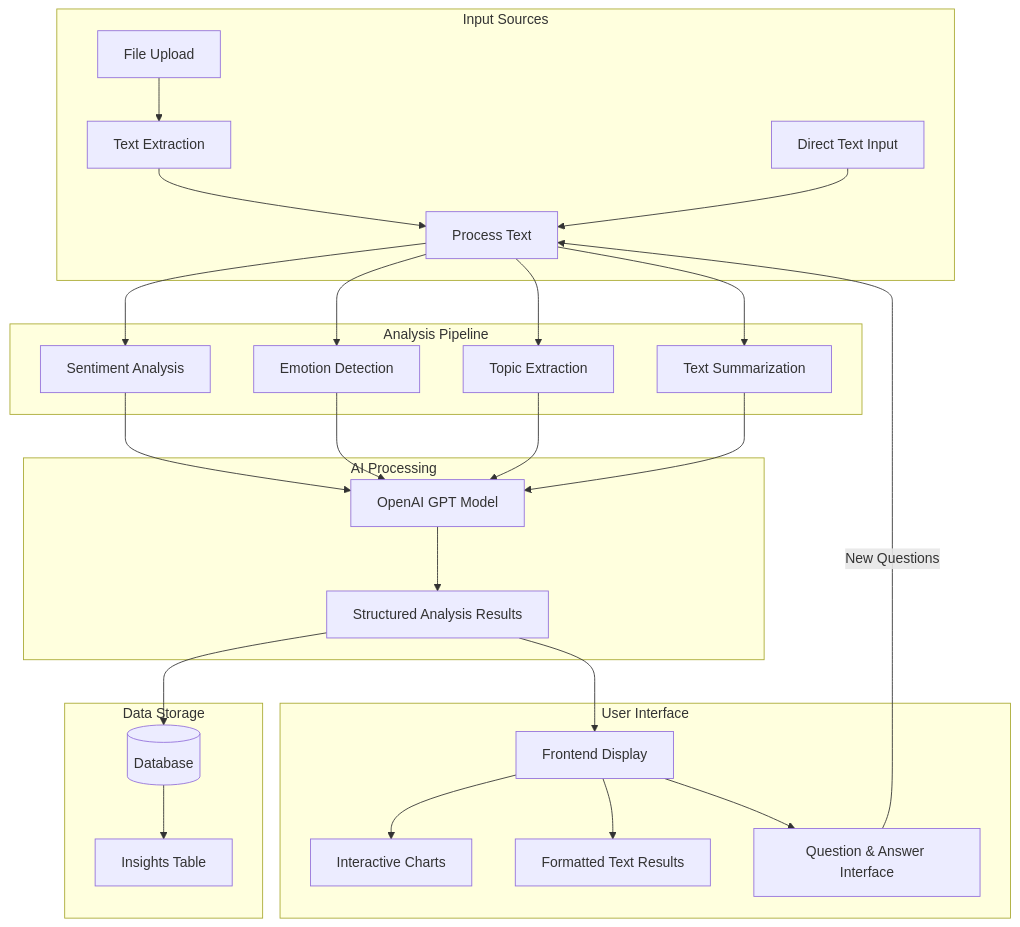
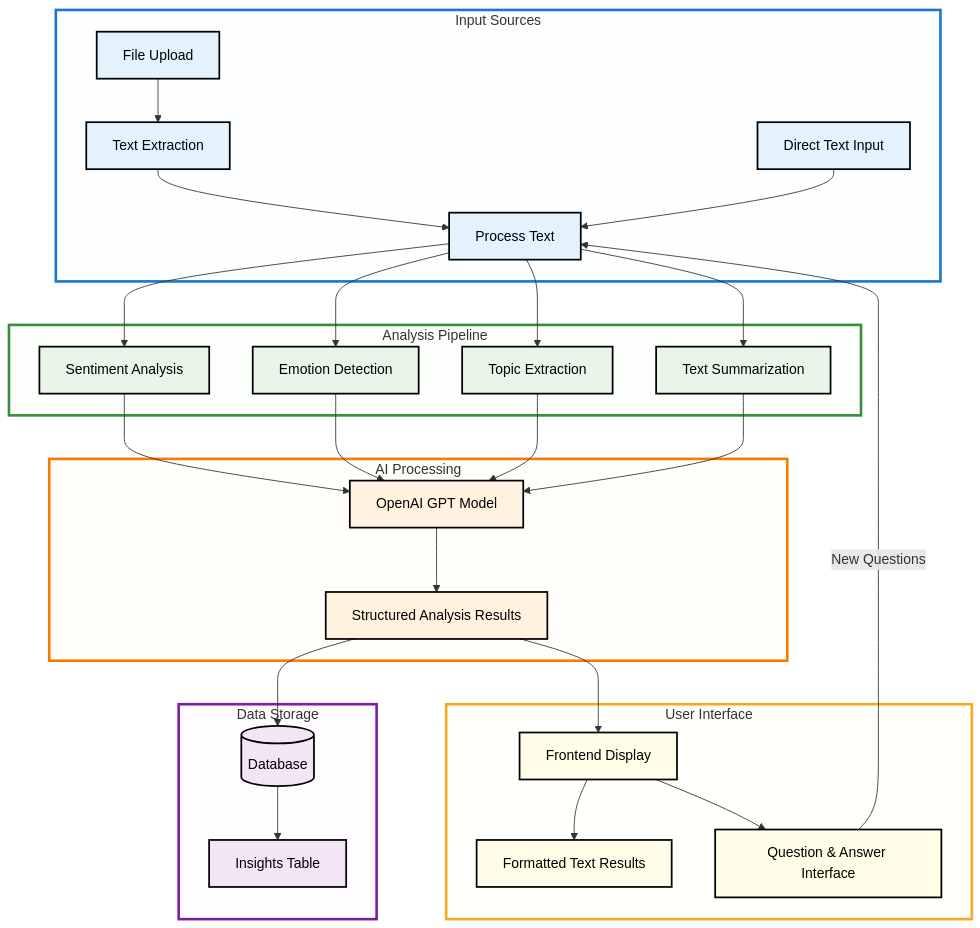
One commit to akileshjayakumar/deeppurple-fyp-25-s2-05 changed the seventh of 7 diagrams in readme/README_DIAGRAM.md. Above: the diagram before and after it, drawn with Mermaid. The commit also changed other lines of this file, not shown here.

Commit message:
docs: rename architecture diagrams and improve mermaid flowchart styling

````diff
--- a/readme/README_DIAGRAM.md
+++ b/readme/README_DIAGRAM.md
@@ -304,37 +304,69 @@
 ```mermaid
 flowchart TD
-    subgraph "Input Sources"
-        Upload["File Upload"] --> Extract["Text Extraction"]  
-        DirectText["Direct Text Input"] --> Process
-        Extract --> Process["Process Text"]  
-    end
-    
-    subgraph "Analysis Pipeline"
-        Process --> Sentiment["Sentiment Analysis"] 
-        Process --> Emotion["Emotion Detection"] 
-        Process --> Topics["Topic Extraction"] 
-        Process --> Summary["Text Summarization"] 
-    end
-    
-    subgraph "AI Processing"
-        Sentiment --> OpenAI["OpenAI GPT Model"] 
-        Emotion --> OpenAI 
-        Topics --> OpenAI 
-        Summary --> OpenAI 
-        OpenAI --> Results["Structured Analysis Results"] 
-    end
-    
-    subgraph "Data Storage"
-        Results --> DB[("Database")] 
-        DB --> Insights["Insights Table"] 
-    end
-    
-    subgraph "User Interface"
-        Results --> UI["Frontend Display"] 
-        UI --> Charts["Interactive Charts"] 
-        UI --> TextDisplay["Formatted Text Results"] 
-        UI --> QA["Question & Answer Interface"] 
-    end
-    
-    QA --> |"New Questions"| Process
+ subgraph subGraph0["Input Sources"]
+        Extract["Text Extraction"]
+        Upload["File Upload"]
+        Process["Process Text"]
+        DirectText["Direct Text Input"]
+  end
+ subgraph subGraph1["Analysis Pipeline"]
+        Sentiment["Sentiment Analysis"]
+        Emotion["Emotion Detection"]
+        Topics["Topic Extraction"]
+        Summary["Text Summarization"]
+  end
+ subgraph subGraph2["AI Processing"]
+        OpenAI["OpenAI GPT Model"]
+        Results["Structured Analysis Results"]
+  end
+ subgraph subGraph3["Data Storage"]
+        DB[("Database")]
+        Insights["Insights Table"]
+  end
+ subgraph subGraph4["User Interface"]
+        UI["Frontend Display"]
+        TextDisplay["Formatted Text Results"]
+        QA["Question & Answer Interface"]
+  end
+    Upload --> Extract
+    DirectText --> Process
+    Extract --> Process
+    Process --> Sentiment & Emotion & Topics & Summary
+    Sentiment --> OpenAI
+    Emotion --> OpenAI
+    Topics --> OpenAI
+    Summary --> OpenAI
+    OpenAI --> Results
+    Results --> DB & UI
+    DB --> Insights
+    UI --> TextDisplay & QA
+    QA -- New Questions --> Process
+
+    %% Input Sources - Light Blue (Entry Points)
+    classDef inputClass stroke:#000000,stroke-width:2px,fill:#E3F2FD,color:#000000
+    class Upload,DirectText,Extract,Process inputClass
+
+    %% Analysis Pipeline - Light Green (Processing)
+    classDef analysisClass stroke:#000000,stroke-width:2px,fill:#E8F5E8,color:#000000
+    class Sentiment,Emotion,Topics,Summary analysisClass
+
+    %% AI Processing - Orange (Core AI)
+    classDef aiClass stroke:#000000,stroke-width:2px,fill:#FFF3E0,color:#000000
+    class OpenAI,Results aiClass
+
+    %% Data Storage - Light Purple (Persistence)
+    classDef storageClass stroke:#000000,stroke-width:2px,fill:#F3E5F5,color:#000000
+    class DB,Insights storageClass
+
+    %% User Interface - Light Yellow (Output/Interaction)
+    classDef uiClass stroke:#000000,stroke-width:2px,fill:#FFFDE7,color:#000000
+    class UI,TextDisplay,QA uiClass
+
+    %% Subgraph borders with matching colors
+    style subGraph0 stroke:#1976D2,stroke-width:3px,fill:#E3F2FD20
+    style subGraph1 stroke:#388E3C,stroke-width:3px,fill:#E8F5E820
+    style subGraph2 stroke:#F57C00,stroke-width:3px,fill:#FFF3E020
+    style subGraph3 stroke:#7B1FA2,stroke-width:3px,fill:#F3E5F520
+    style subGraph4 stroke:#F9A825,stroke-width:3px,fill:#FFFDE720
+
 ```
````
